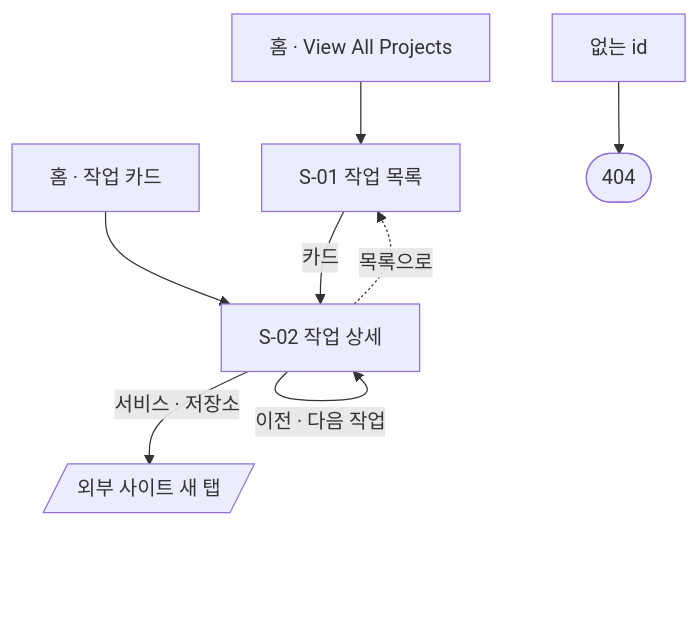
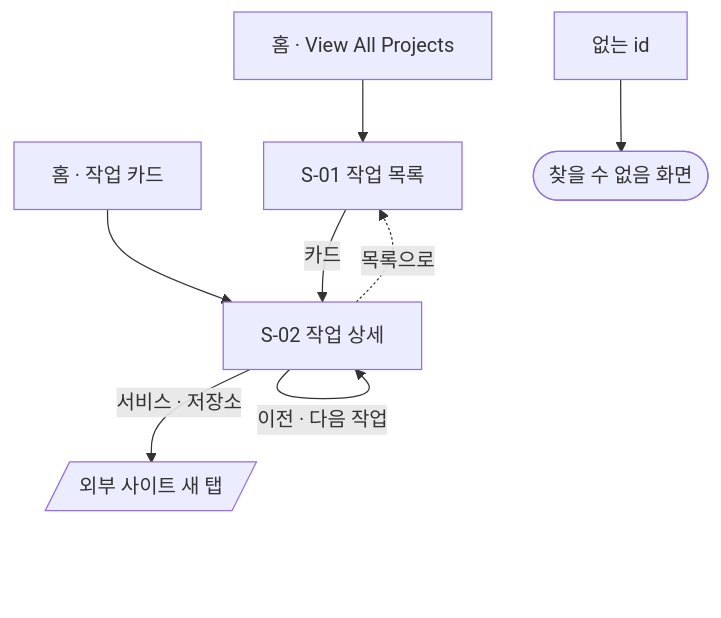
Before and after one commit to GUNIZZI/portfolio: the first of 2 diagrams in docs/plan/work/userflow.md, drawn with Mermaid. The commit also changed other lines of this file and 30 other files, not shown here.

````diff
--- a/docs/plan/work/userflow.md
+++ b/docs/plan/work/userflow.md
@@ -8,10 +7,10 @@
 ```mermaid
 flowchart TD
     HOME["홈 · View All Projects"]:::step --> L["S-01 작업 목록"]:::screen
     CARD["홈 · 작업 카드"]:::step --> D["S-02 작업 상세"]:::screen
     L -->|"카드"| D
     D -->|"이전 · 다음 작업"| D
     D -.->|"목록으로"| L
     D -->|"서비스 · 저장소"| EXT[/"외부 사이트 새 탭"/]:::api
-    BAD["없는 id"]:::warn --> NF(["404"]):::done
+    BAD["없는 id"]:::warn --> NF(["찾을 수 없음 화면"]):::done
 ```
````
